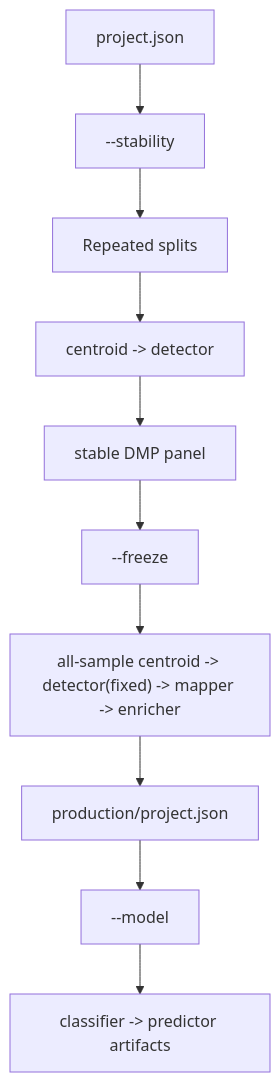
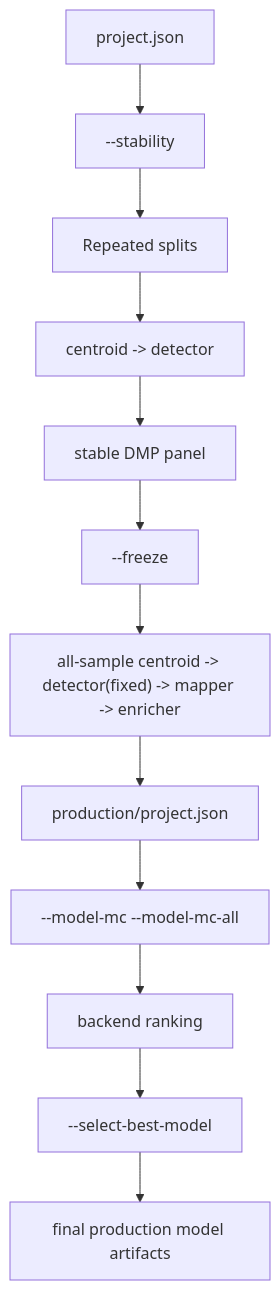
Before and after one commit to Goliath-Research/GoliathWorkflow: the second of 3 diagrams in docs/MethylPipeline-overview.qmd, drawn with Mermaid. The commit also changed other lines of this file and 1 other file, not shown here.

First line of the commit message:
Update MethylPipeline documentation to reflect new workflows and model-selection features

````diff
--- a/docs/MethylPipeline-overview.qmd
+++ b/docs/MethylPipeline-overview.qmd
@@ -188,12 +199,14 @@
 ```mermaid
 flowchart TD
     A["project.json"] --> B["--stability"]
     B --> C["Repeated splits"]
     C --> D["centroid -> detector"]
     D --> E["stable DMP panel"]
     E --> F["--freeze"]
     F --> G["all-sample centroid -> detector(fixed) -> mapper -> enricher"]
     G --> H["production/project.json"]
-    H --> I["--model"]
-    I --> J["classifier -> predictor artifacts"]
+    H --> I["--model-mc --model-mc-all"]
+    I --> J["backend ranking"]
+    J --> K["--select-best-model"]
+    K --> L["final production model artifacts"]
 ```
````
